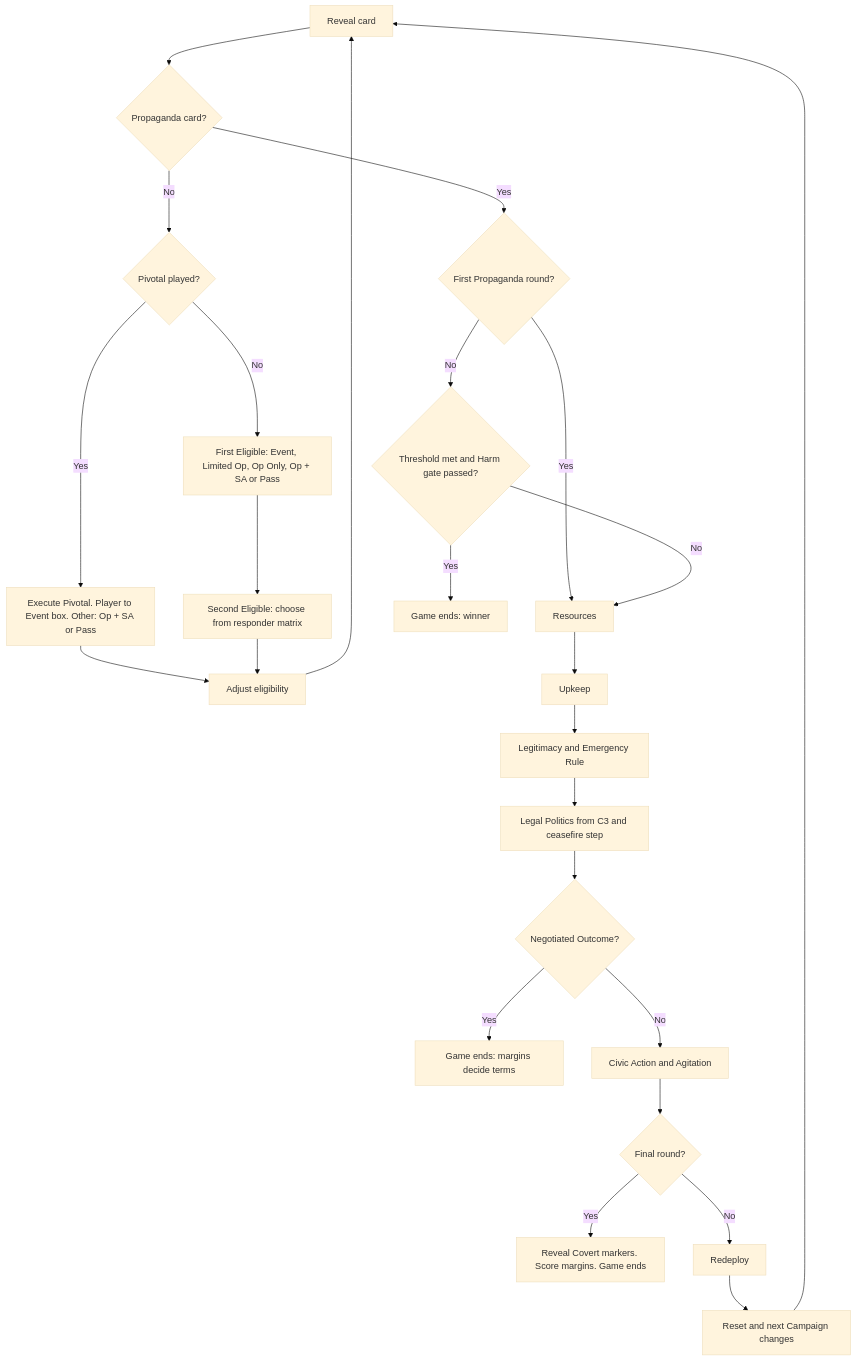
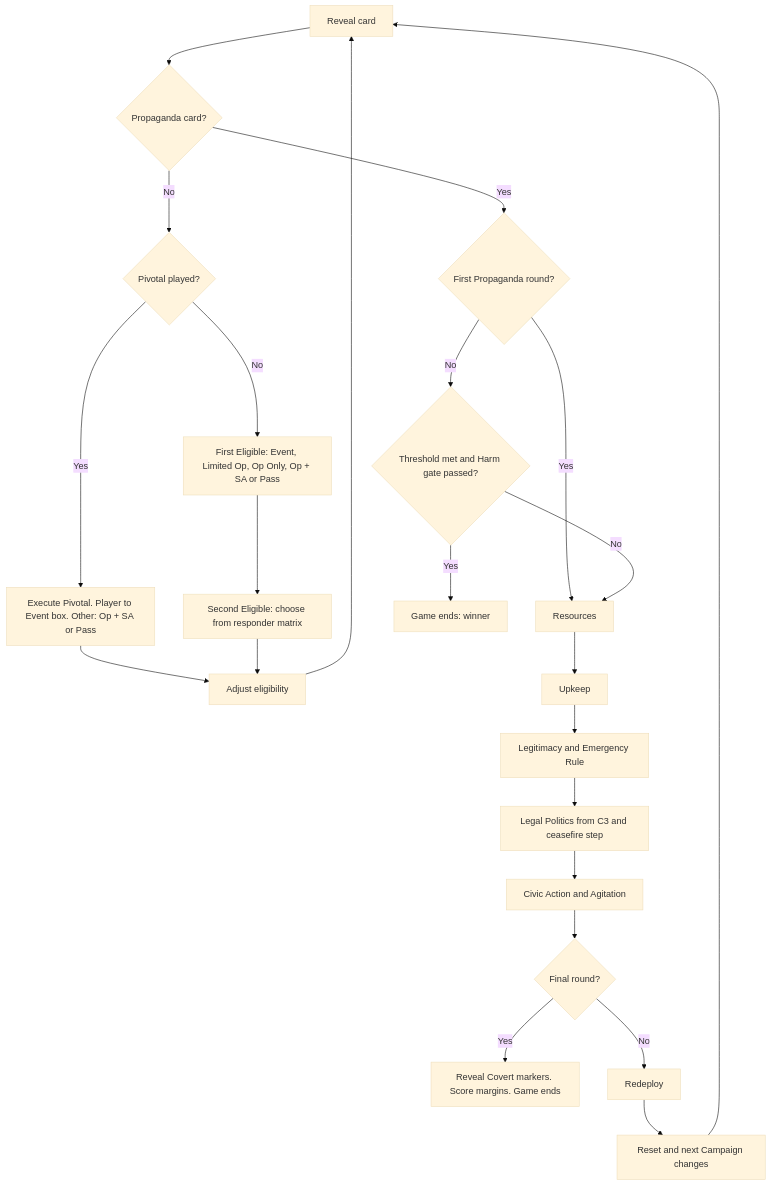
One commit to Penguin-Pants/HandfullOfBandits changed the diagram in research/research-final/package-b-coin-design/05-sequence-of-play.md. Above: the diagram before and after it, drawn with Mermaid (base theme). The commit also changed other lines of this file and 16 other files, not shown here.

````diff
--- a/research/research-final/package-b-coin-design/05-sequence-of-play.md
+++ b/research/research-final/package-b-coin-design/05-sequence-of-play.md
@@ -221,27 +220,25 @@
 ```mermaid
 flowchart TD
     A[Reveal card] --> B{Propaganda card?}
     B -- No --> P{Pivotal played?}
     P -- Yes --> PV[Execute Pivotal. Player to Event box. Other: Op + SA or Pass]
     P -- No --> C[First Eligible: Event, Limited Op, Op Only, Op + SA or Pass]
     C --> D[Second Eligible: choose from responder matrix]
     PV --> E
     D --> E[Adjust eligibility]
     E --> A
     B -- Yes --> F{First Propaganda round?}
     F -- Yes --> R[Resources]
     F -- No --> V{Threshold met and Harm gate passed?}
     V -- Yes --> W[Game ends: winner]
     V -- No --> R
     R --> U[Upkeep]
     U --> L[Legitimacy and Emergency Rule]
     L --> LP[Legal Politics from C3 and ceasefire step]
-    LP --> N{Negotiated Outcome?}
-    N -- Yes --> W2[Game ends: margins decide terms]
-    N -- No --> CA[Civic Action and Agitation]
+    LP --> CA[Civic Action and Agitation]
     CA --> FR{Final round?}
     FR -- Yes --> FS[Reveal Covert markers. Score margins. Game ends]
     FR -- No --> RD[Redeploy]
     RD --> RS[Reset and next Campaign changes]
     RS --> A
 ```
````
